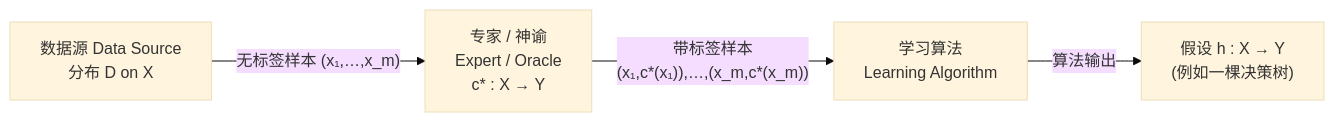
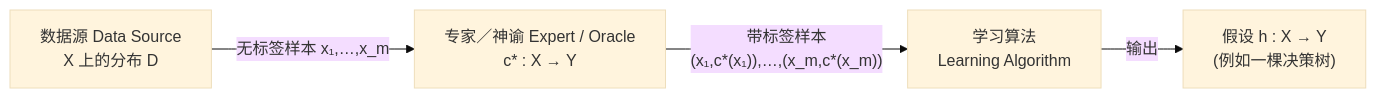
One commit to KayeAdams515/ClaudeNotes changed the second of 3 diagrams in 机器学习/C1.5 学习理论视角与决策树扩展.md. Above: the diagram before and after it, drawn with Mermaid (base theme). The commit also changed other lines of this file and 777 other files, not shown here.

````diff
--- a/机器学习/C1.5 学习理论视角与决策树扩展.md
+++ b/机器学习/C1.5 学习理论视角与决策树扩展.md
@@ -35,6 +60,6 @@
 ```mermaid
 flowchart LR
-    D["数据源 Data Source<br/>分布 D on X"] -- "无标签样本 (x₁,…,x_m)" --> E["专家 / 神谕<br/>Expert / Oracle<br/>c* : X → Y"]
+    D["数据源 Data Source<br/>X 上的分布 D"] -- "无标签样本 x₁,…,x_m" --> E["专家／神谕 Expert / Oracle<br/>c* : X → Y"]
     E -- "带标签样本<br/>(x₁,c*(x₁)),…,(x_m,c*(x_m))" --> L["学习算法<br/>Learning Algorithm"]
-    L -- "算法输出" --> H["假设 h : X → Y<br/>(例如一棵决策树)"]
+    L -- "输出" --> H["假设 h : X → Y<br/>(例如一棵决策树)"]
 ```
````
